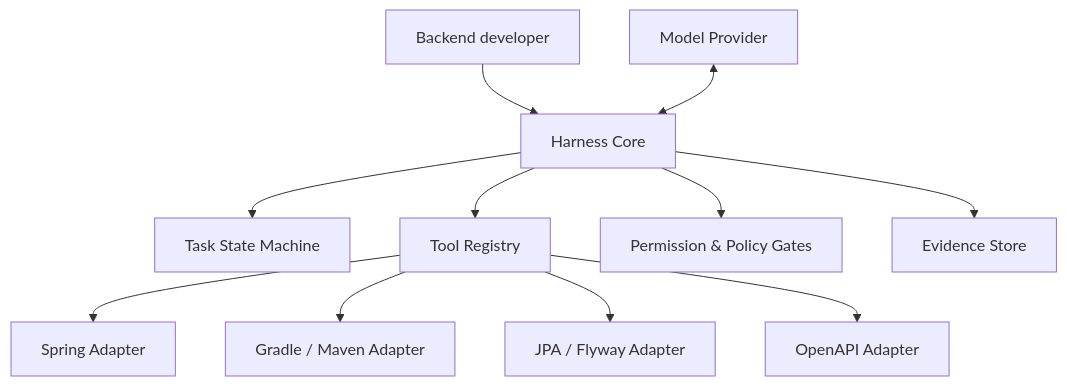
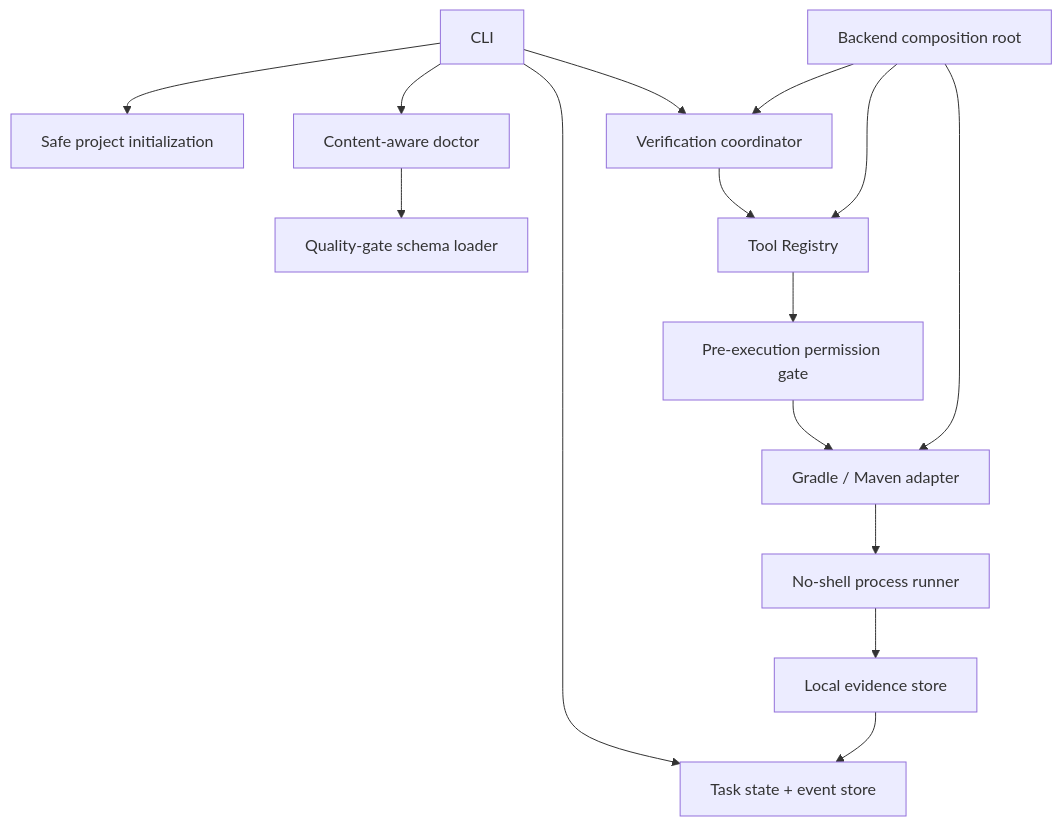
One commit to yeongwanho/backend-team-harness changed the first of 2 diagrams in docs/ARCHITECTURE.md. Above: the diagram before and after it, drawn with Mermaid. The commit also changed other lines of this file and 32 other files, not shown here.

Commit message:
feat: add evidence-driven backend harness runtime

````diff
--- a/docs/ARCHITECTURE.md
+++ b/docs/ARCHITECTURE.md
@@ -7,13 +11,19 @@
 ```mermaid
 flowchart TB
-  Human[Backend developer] --> Engine[Harness Core]
-  Model[Model Provider] <--> Engine
-  Engine --> State[Task State Machine]
-  Engine --> Registry[Tool Registry]
-  Engine --> Policy[Permission & Policy Gates]
-  Registry --> Spring[Spring Adapter]
-  Registry --> Build[Gradle / Maven Adapter]
-  Registry --> Data[JPA / Flyway Adapter]
-  Registry --> Contract[OpenAPI Adapter]
-  Engine --> Evidence[Evidence Store]
+  CLI[CLI] --> Init[Safe project initialization]
+  CLI --> Doctor[Content-aware doctor]
+  CLI --> Task[Task state + event store]
+  CLI --> Verify[Verification coordinator]
+
+  Runtime[Backend composition root] --> Verify
+  Runtime --> Registry
+  Runtime --> Build
+  Verify --> Registry[Tool Registry]
+  Registry --> Gate[Pre-execution permission gate]
+  Gate --> Build[Gradle / Maven adapter]
+  Build --> Process[No-shell process runner]
+  Process --> Evidence[Local evidence store]
+  Evidence --> Task
+
+  Doctor --> GateConfig[Quality-gate schema loader]
 ```
````
